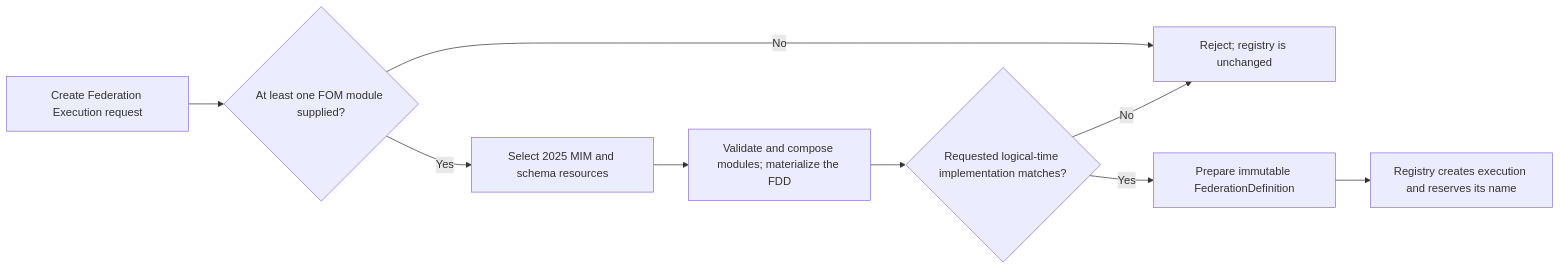
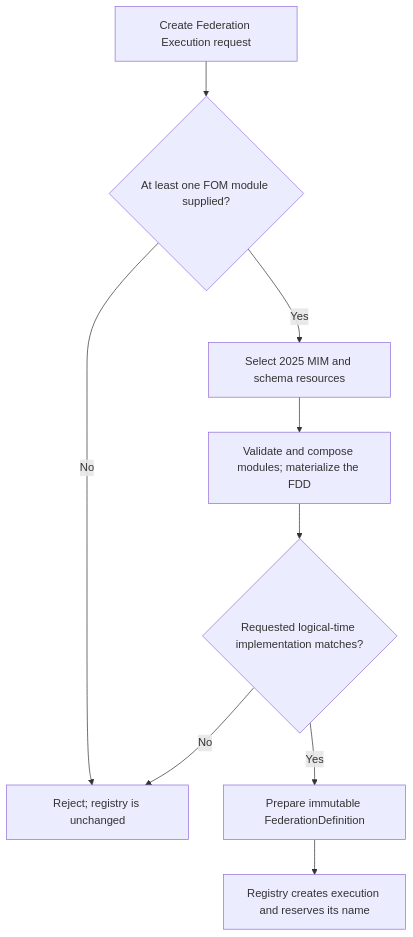
One commit to sheepfling/umbra changed the first of 5 diagrams in docs/design/HLA-2025-FOM-MODULE-ADMISSION-AND-COMPOSITION-FLOW-GUIDE.md. Above: the diagram before and after it, drawn with Mermaid. The commit also changed other lines of this file and 822 other files, not shown here.

````diff
--- a/docs/design/HLA-2025-FOM-MODULE-ADMISSION-AND-COMPOSITION-FLOW-GUIDE.md
+++ b/docs/design/HLA-2025-FOM-MODULE-ADMISSION-AND-COMPOSITION-FLOW-GUIDE.md
@@ -47,11 +91,11 @@
 ```mermaid
-flowchart LR
+flowchart TB
   A[Create Federation Execution request] --> B{At least one FOM module supplied?}
   B -- No --> X[Reject; registry is unchanged]
   B -- Yes --> C[Select 2025 MIM and schema resources]
   C --> D[Validate and compose modules; materialize the FDD]
   D --> E{Requested logical-time implementation matches?}
   E -- No --> X
   E -- Yes --> F[Prepare immutable FederationDefinition]
   F --> G[Registry creates execution and reserves its name]
 ```
````
